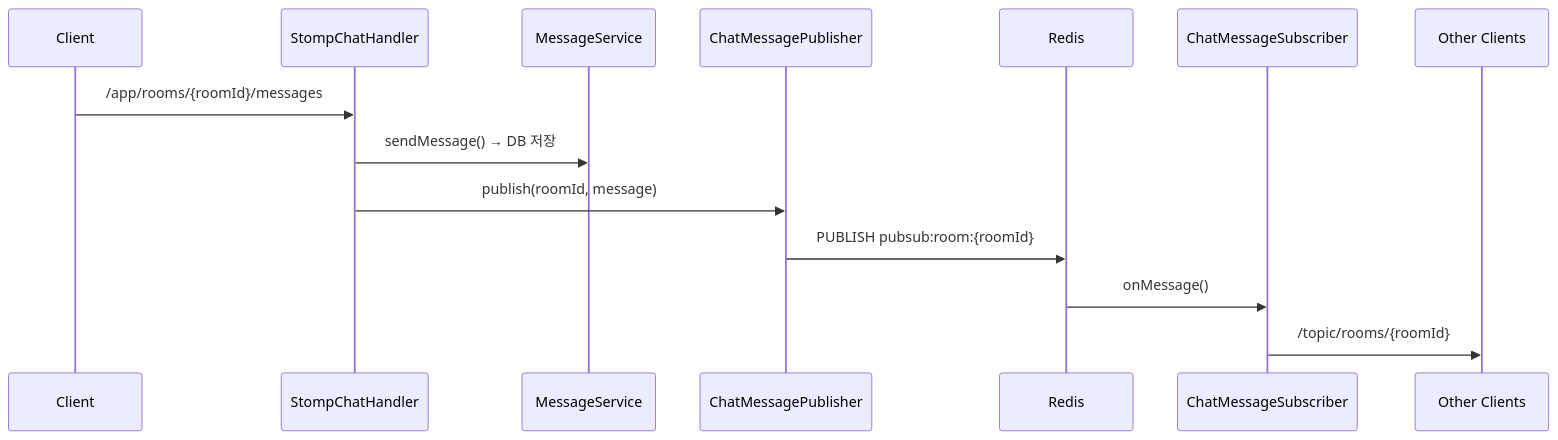
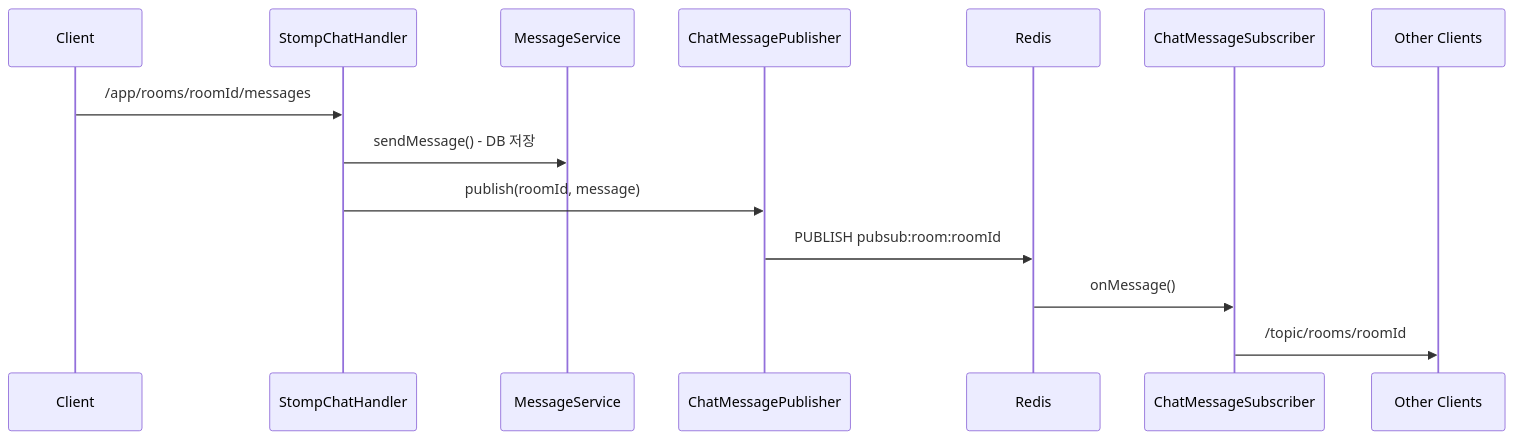
The third of 3 diagrams in README.md (dodudi/chat-spring), drawn with Mermaid before and after one commit. The commit also changed other lines of this file, not shown here.

First line of the commit message:
[docs] README 구현 상세 섹션 추가 및 Mermaid 다이어그램 수정

````diff
--- a/README.md
+++ b/README.md
@@ -104,17 +104,17 @@
 ```mermaid
 sequenceDiagram
     participant C as Client
     participant H as StompChatHandler
     participant MS as MessageService
     participant PUB as ChatMessagePublisher
     participant Redis
     participant SUB as ChatMessageSubscriber
     participant Others as Other Clients
 
-    C->>H: /app/rooms/{roomId}/messages
-    H->>MS: sendMessage() → DB 저장
+    C->>H: /app/rooms/roomId/messages
+    H->>MS: sendMessage() - DB 저장
     H->>PUB: publish(roomId, message)
-    PUB->>Redis: PUBLISH pubsub:room:{roomId}
+    PUB->>Redis: PUBLISH pubsub:room:roomId
     Redis->>SUB: onMessage()
-    SUB->>Others: /topic/rooms/{roomId}
+    SUB->>Others: /topic/rooms/roomId
 ```
````
